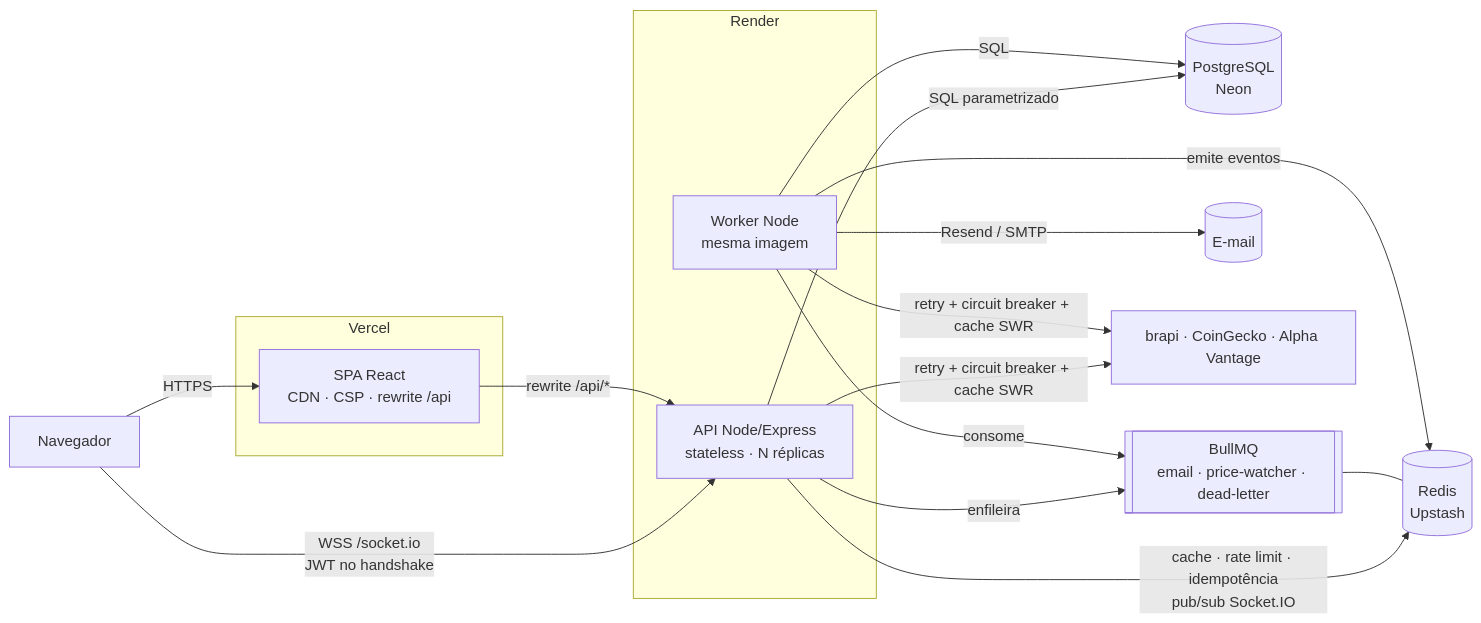
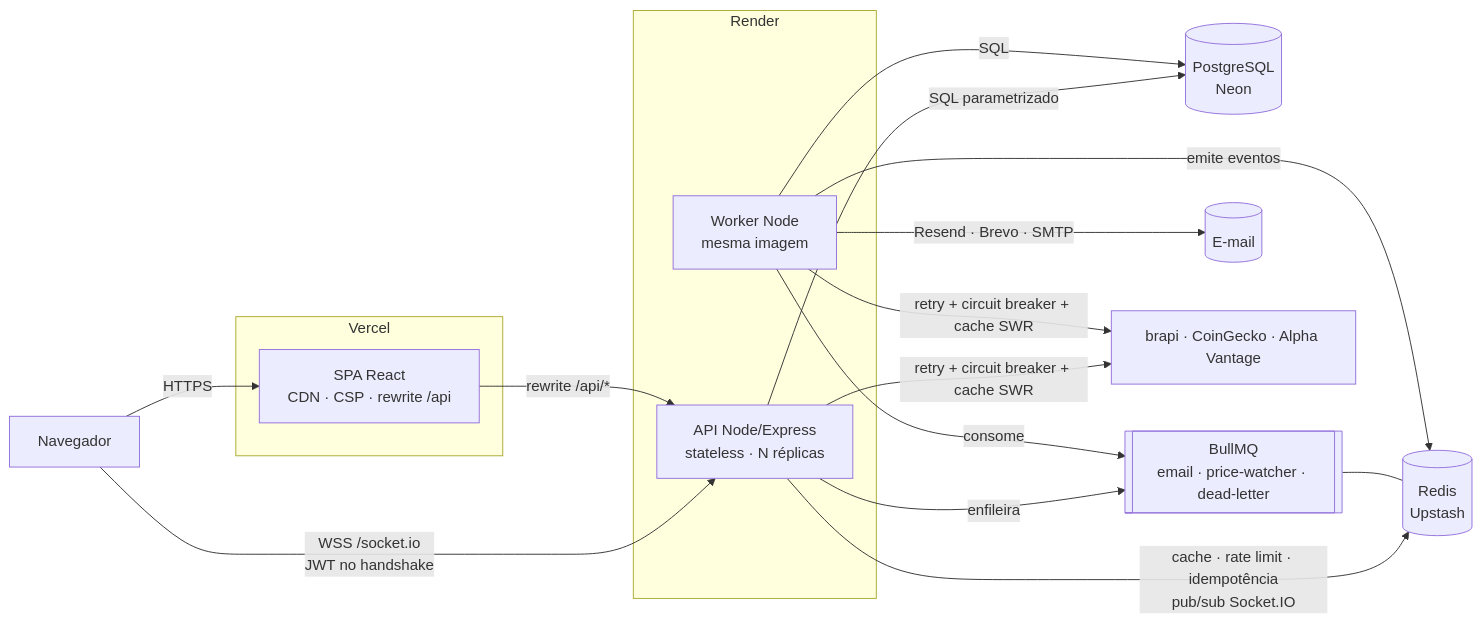
One commit to agnaldoteixeira338-code/turbo-mais changed the first of 4 diagrams in docs/ARCHITECTURE.md. Above: the diagram before and after it, drawn with Mermaid. The commit also changed other lines of this file and 10 other files, not shown here.

First line of the commit message:
feat(email): Brevo como provedor de e-mail por API (Resend → Brevo → SMTP) (#27)

````diff
--- a/docs/ARCHITECTURE.md
+++ b/docs/ARCHITECTURE.md
@@ -7,22 +7,22 @@
 ```mermaid
 flowchart LR
   subgraph Vercel
     N[SPA React<br/>CDN · CSP · rewrite /api]
   end
   subgraph Render
     API[API Node/Express<br/>stateless · N réplicas]
     W[Worker Node<br/>mesma imagem]
   end
   U[Navegador] -- HTTPS --> N
   U -- WSS /socket.io<br/>JWT no handshake --> API
   N -- rewrite /api/* --> API
   API -- SQL parametrizado --> PG[(PostgreSQL<br/>Neon)]
   API -- cache · rate limit · idempotência<br/>pub/sub Socket.IO --> R[(Redis<br/>Upstash)]
   API -- enfileira --> Q[[BullMQ<br/>email · price-watcher · dead-letter]]
   Q --- R
   W -- consome --> Q
   W -- emite eventos --> R
   W -- SQL --> PG
-  W -- Resend / SMTP --> E[(E-mail)]
+  W -- Resend · Brevo · SMTP --> E[(E-mail)]
   API & W -- retry + circuit breaker + cache SWR --> X[brapi · CoinGecko · Alpha Vantage]
 ```
````
